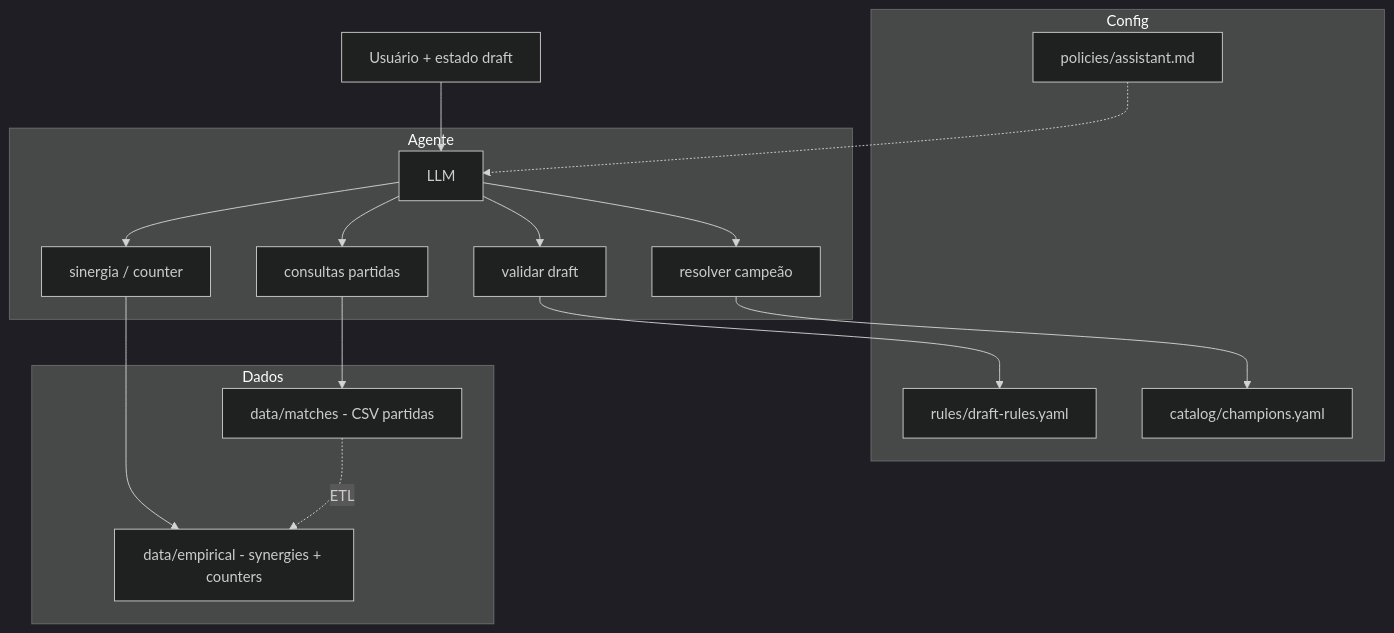
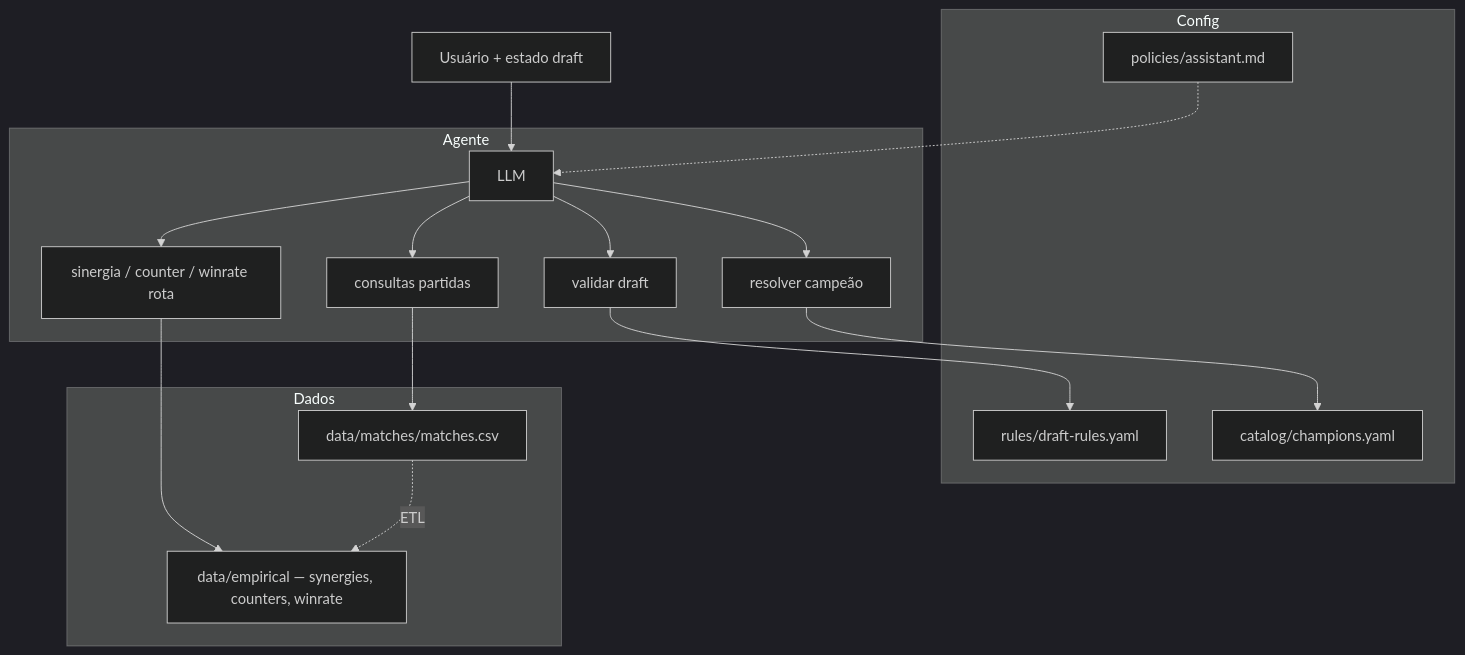
The first of 3 diagrams in docs/agent.md (fcarlosmonteiro/moba-draft-agent), drawn with Mermaid (dark theme) before and after one commit. The commit also changed other lines of this file and 5 other files, not shown here.

````diff
--- a/docs/agent.md
+++ b/docs/agent.md
@@ -7,27 +7,27 @@
 ```mermaid
 flowchart TB
   subgraph cfg["Config"]
     R[rules/draft-rules.yaml]
     P[policies/assistant.md]
     C[catalog/champions.yaml]
   end
   subgraph ag["Agente"]
     O[LLM]
     T0[validar draft]
     T1[resolver campeão]
-    T2[sinergia / counter]
+    T2[sinergia / counter / winrate rota]
     T3[consultas partidas]
   end
   subgraph dat["Dados"]
-    E[data/empirical - synergies + counters]
-    M[data/matches - CSV partidas]
+    E["data/empirical — synergies, counters, winrate"]
+    M["data/matches/matches.csv"]
   end
   U[Usuário + estado draft] --> O
   O --> T0 & T1 & T2 & T3
   T0 --> R
   T1 --> C
   T2 --> E
   T3 --> M
   M -.->|ETL| E
   P -.-> O
 ```
````
